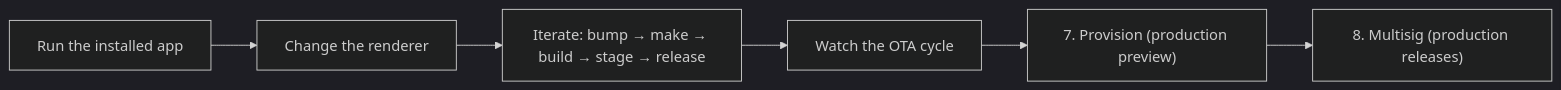
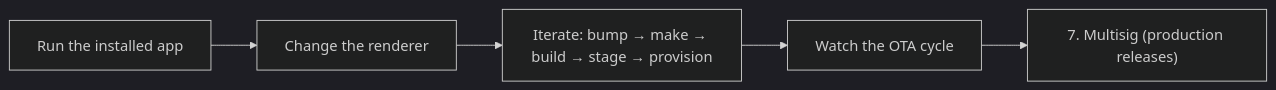
One commit to holepunchto/pear-docs changed the diagram in content/getting-started/build-a-peer-to-peer-chat/update.mdx. Above: the diagram before and after it, drawn with Mermaid (dark theme). The commit also changed other lines of this file and 75 other files, not shown here.

````diff
--- a/content/getting-started/build-a-peer-to-peer-chat/update.mdx
+++ b/content/getting-started/build-a-peer-to-peer-chat/update.mdx
@@ -14,8 +27,7 @@
 ```mermaid
 flowchart LR
   R["Run the installed app"] --> C["Change the renderer"]
-  C --> I["Iterate: bump → make → build → stage → release"]
+  C --> I["Iterate: bump → make → build → stage → provision"]
   I --> O["Watch the OTA cycle"]
-  O --> P["7. Provision (production preview)"]
-  P --> MS["8. Multisig (production releases)"]
+  O --> MS["7. Multisig (production releases)"]
 ```
````
